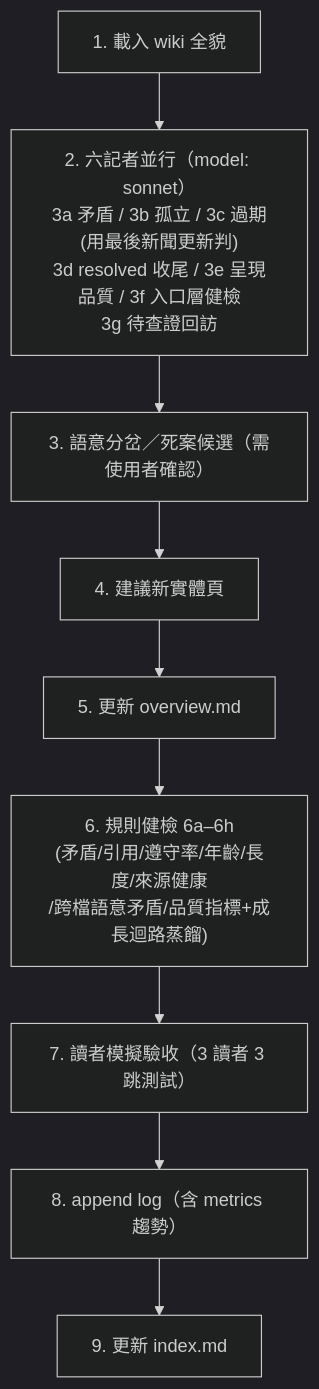
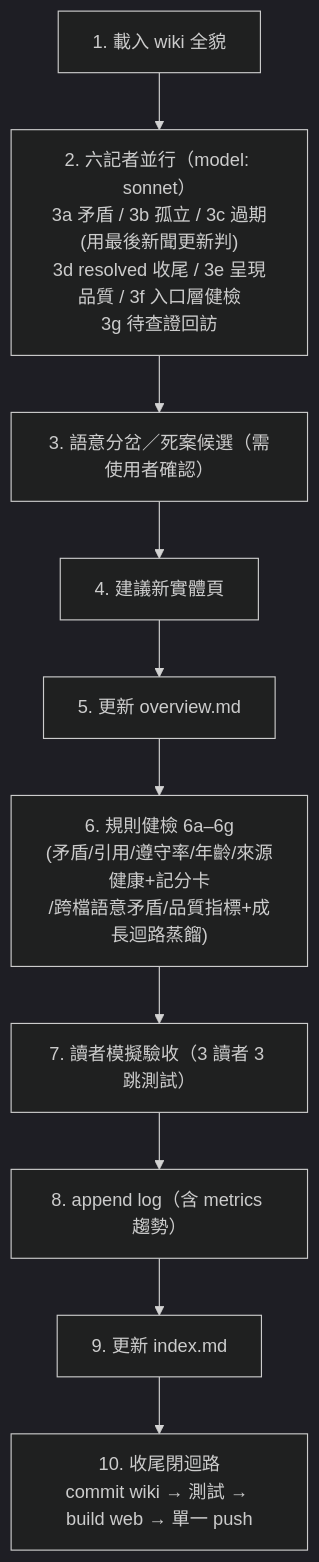
Before and after one commit to mandy82477/claude-news: the fourth of 7 diagrams in src/DesignDocument/Design Diagram.md, drawn with Mermaid (dark theme). The commit also changed other lines of this file and 2 other files, not shown here.

Commit message:
docs: 架構文件同步 來源評分監控層＋忠實度自檢＋透明度頁（另修 lint 圖 9→10 步既有漂移）

````diff
--- a/src/DesignDocument/Design Diagram.md
+++ b/src/DesignDocument/Design Diagram.md
@@ -127,12 +129,13 @@
 ```mermaid
 flowchart TD
     L1["1. 載入 wiki 全貌"] --> L2
     L2["2. 六記者並行（model: sonnet）\n3a 矛盾 / 3b 孤立 / 3c 過期(用最後新聞更新判)\n3d resolved 收尾 / 3e 呈現品質 / 3f 入口層健檢\n3g 待查證回訪"] --> L3
     L3["3. 語意分岔／死案候選（需使用者確認）"] --> L4
     L4["4. 建議新實體頁"] --> L5
     L5["5. 更新 overview.md"] --> L6
-    L6["6. 規則健檢 6a–6h\n(矛盾/引用/遵守率/年齡/長度/來源健康\n/跨檔語意矛盾/品質指標+成長迴路蒸餾)"] --> L7
+    L6["6. 規則健檢 6a–6g\n(矛盾/引用/遵守率/年齡/來源健康+記分卡\n/跨檔語意矛盾/品質指標+成長迴路蒸餾)"] --> L7
     L7["7. 讀者模擬驗收（3 讀者 3 跳測試）"] --> L8
     L8["8. append log（含 metrics 趨勢）"] --> L9
-    L9["9. 更新 index.md"]
+    L9["9. 更新 index.md"] --> L10
+    L10["10. 收尾閉迴路\ncommit wiki → 測試 → build web → 單一 push"]
 ```
````
